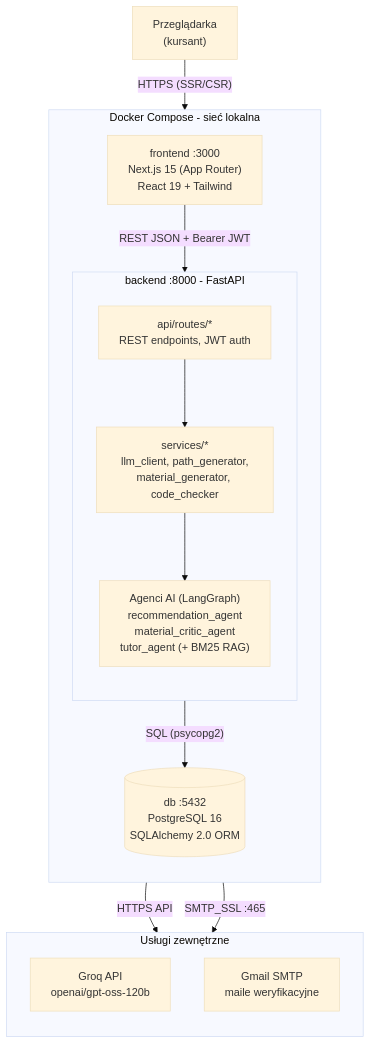
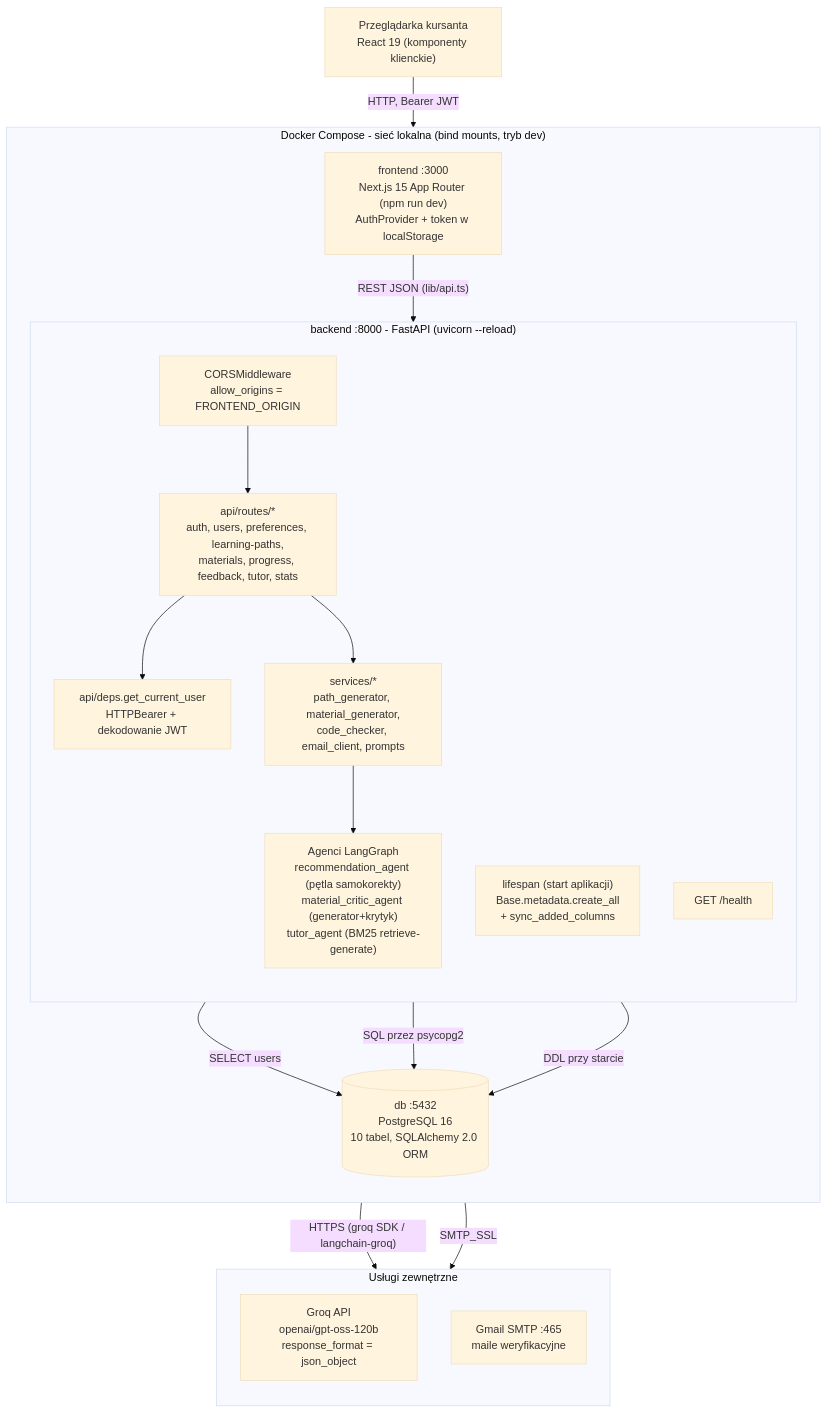
The diagram in docs/diagrams/src/arc-01_architektura-systemu.mmd (guzik1234/Bachelor-of-Engineering-Thesis), drawn with Mermaid (base theme) before and after one commit. The commit also changed 21 other files, not shown here.

First line of the commit message:
Add API and navigation flow diagrams

```diff
--- a/docs/diagrams/src/arc-01_architektura-systemu.mmd
+++ b/docs/diagrams/src/arc-01_architektura-systemu.mmd
@@ -1,30 +1,40 @@
 flowchart TB
-    Client["Przeglądarka<br/>(kursant)"]
+    Client["Przeglądarka kursanta<br/>React 19 (komponenty klienckie)"]
 
-    subgraph Docker["Docker Compose - sieć lokalna"]
+    subgraph Docker["Docker Compose - sieć lokalna (bind mounts, tryb dev)"]
         direction TB
-        FE["frontend :3000<br/>Next.js 15 (App Router)<br/>React 19 + Tailwind"]
 
-        subgraph BE["backend :8000 - FastAPI"]
+        FE["frontend :3000<br/>Next.js 15 App Router (npm run dev)<br/>AuthProvider + token w localStorage"]
+
+        subgraph BE["backend :8000 - FastAPI (uvicorn --reload)"]
             direction TB
-            Routes["api/routes/*<br/>REST endpoints, JWT auth"]
-            Services["services/*<br/>llm_client, path_generator,<br/>material_generator, code_checker"]
-            Agents["Agenci AI (LangGraph)<br/>recommendation_agent<br/>material_critic_agent<br/>tutor_agent (+ BM25 RAG)"]
+            CORS["CORSMiddleware<br/>allow_origins = FRONTEND_ORIGIN"]
+            Routes["api/routes/*<br/>auth, users, preferences, learning-paths,<br/>materials, progress, feedback, tutor, stats"]
+            Deps["api/deps.get_current_user<br/>HTTPBearer + dekodowanie JWT"]
+            Services["services/*<br/>path_generator, material_generator,<br/>code_checker, email_client, prompts"]
+            Agents["Agenci LangGraph<br/>recommendation_agent (pętla samokorekty)<br/>material_critic_agent (generator+krytyk)<br/>tutor_agent (BM25 retrieve-generate)"]
+            Lifespan["lifespan (start aplikacji)<br/>Base.metadata.create_all<br/>+ sync_added_columns"]
+            Health["GET /health"]
+
+            CORS --> Routes
+            Routes --> Deps
             Routes --> Services
             Services --> Agents
         end
 
-        DB[("db :5432<br/>PostgreSQL 16<br/>SQLAlchemy 2.0 ORM")]
+        DB[("db :5432<br/>PostgreSQL 16<br/>10 tabel, SQLAlchemy 2.0 ORM")]
     end
 
     subgraph External["Usługi zewnętrzne"]
         direction TB
-        Groq["Groq API<br/>openai/gpt-oss-120b"]
-        SMTP["Gmail SMTP<br/>maile weryfikacyjne"]
+        Groq["Groq API<br/>openai/gpt-oss-120b<br/>response_format = json_object"]
+        SMTP["Gmail SMTP :465<br/>maile weryfikacyjne"]
     end
 
-    Client -- "HTTPS (SSR/CSR)" --> FE
-    FE -- "REST JSON + Bearer JWT" --> Routes
-    Services -- "SQL (psycopg2)" --> DB
-    Agents -- "HTTPS API" --> Groq
-    Routes -- "SMTP_SSL :465" --> SMTP
+    Client -- "HTTP, Bearer JWT" --> FE
+    FE -- "REST JSON (lib/api.ts)" --> CORS
+    Deps -- "SELECT users" --> DB
+    Services -- "SQL przez psycopg2" --> DB
+    Lifespan -- "DDL przy starcie" --> DB
+    Agents -- "HTTPS (groq SDK / langchain-groq)" --> Groq
+    Services -- "SMTP_SSL" --> SMTP
```
